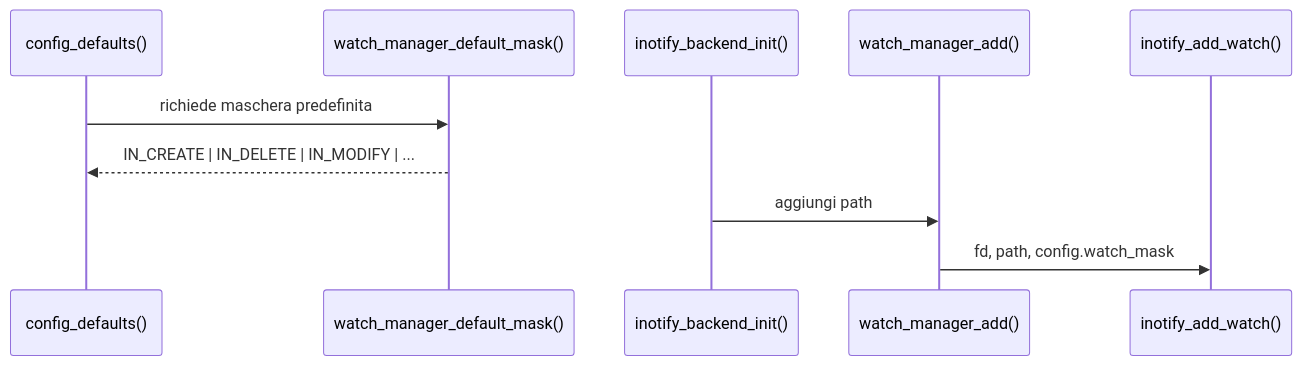
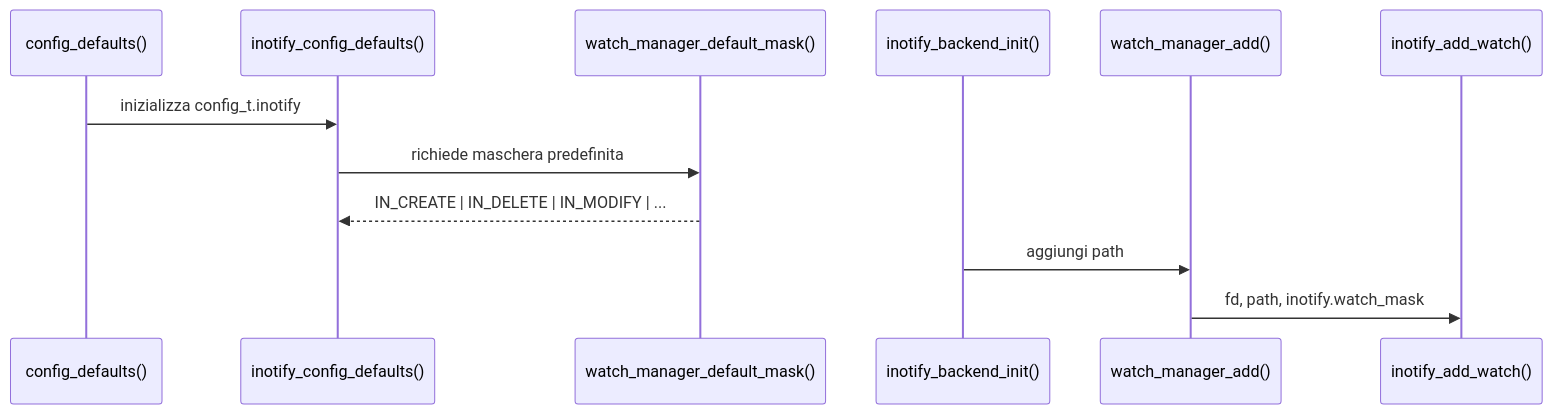
The ninth of 17 diagrams in docs/it/16-mappa-codice-e-strutture.md (kinderp/alfred), drawn with Mermaid before and after one commit. The commit also changed other lines of this file and 11 other files, not shown here.

First line of the commit message:
refactor: split inotify backend config

````diff
--- a/docs/it/16-mappa-codice-e-strutture.md
+++ b/docs/it/16-mappa-codice-e-strutture.md
@@ -522,13 +528,15 @@
 ```mermaid
 sequenceDiagram
     participant Config as config_defaults()
+    participant InCfg as inotify_config_defaults()
     participant Mask as watch_manager_default_mask()
     participant App as inotify_backend_init()
     participant Watch as watch_manager_add()
     participant Kernel as inotify_add_watch()
 
-    Config->>Mask: richiede maschera predefinita
-    Mask-->>Config: IN_CREATE | IN_DELETE | IN_MODIFY | ...
+    Config->>InCfg: inizializza config_t.inotify
+    InCfg->>Mask: richiede maschera predefinita
+    Mask-->>InCfg: IN_CREATE | IN_DELETE | IN_MODIFY | ...
     App->>Watch: aggiungi path
-    Watch->>Kernel: fd, path, config.watch_mask
+    Watch->>Kernel: fd, path, inotify.watch_mask
 ```
````
